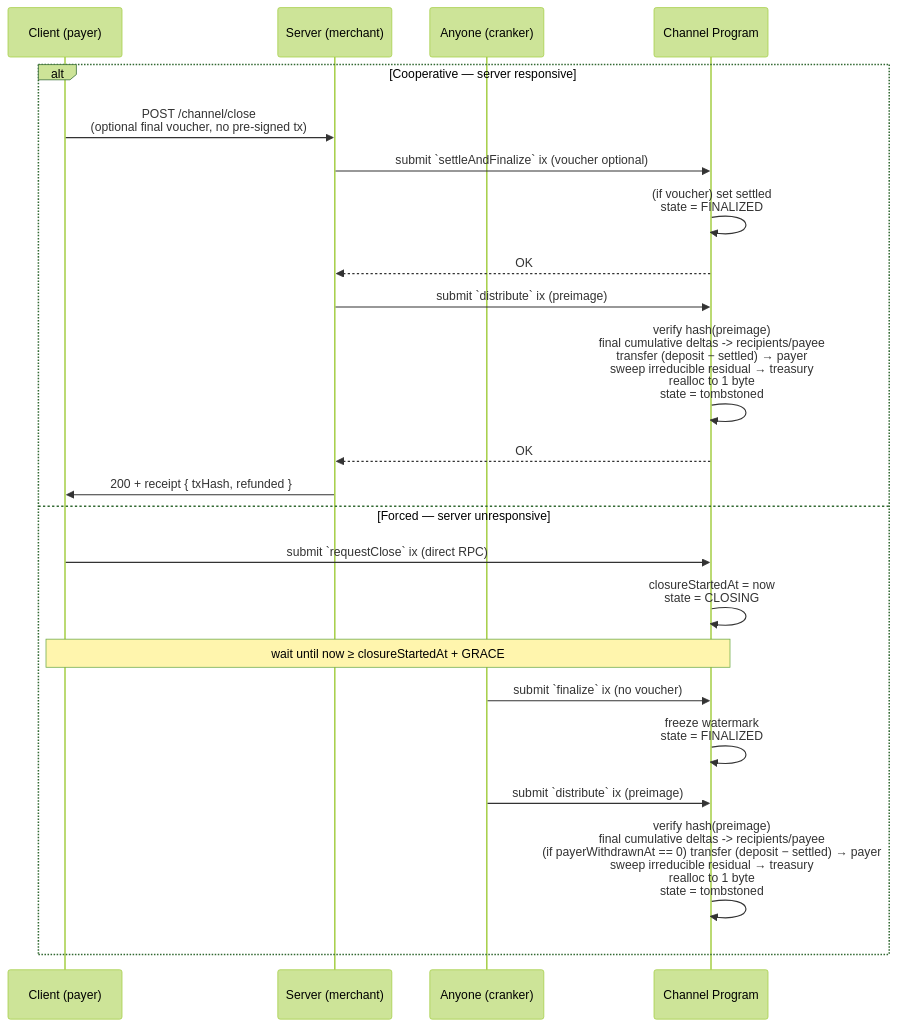
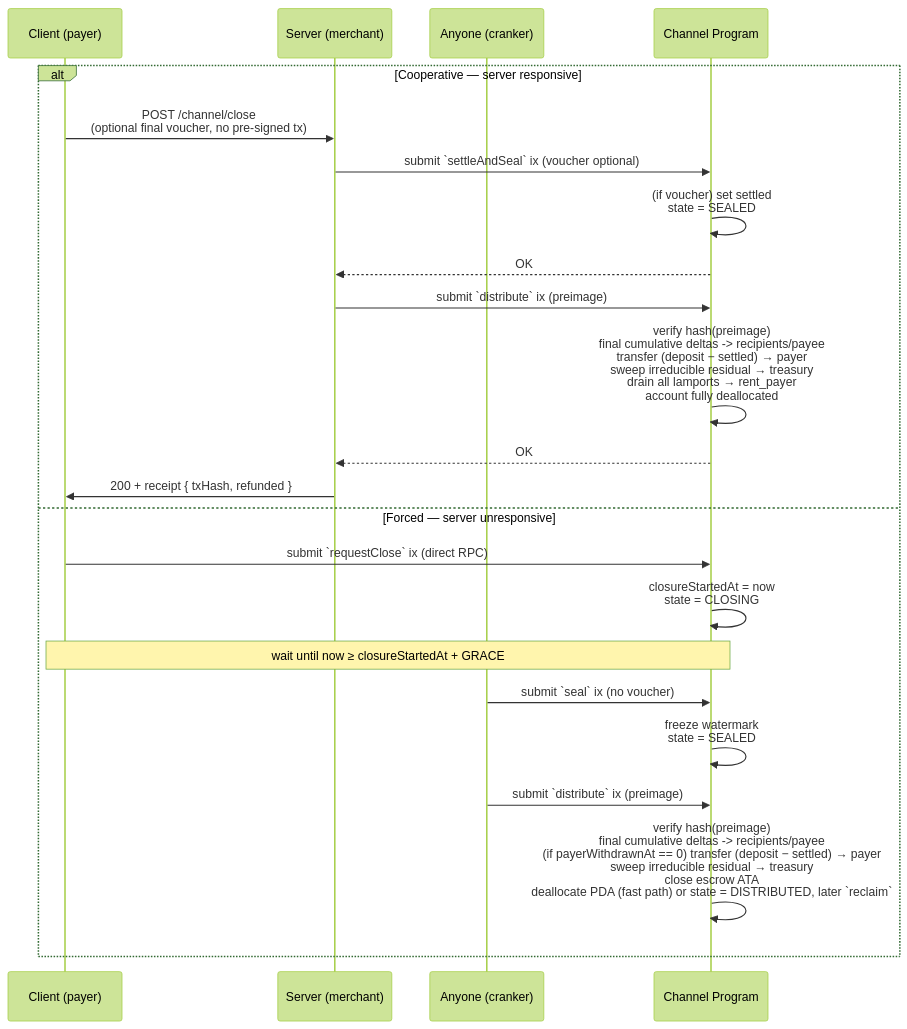
Before and after one commit to solana-foundation/payment-channels: the second of 2 diagrams in docs/002-http-protocol.md, drawn with Mermaid (forest theme). The commit also changed other lines of this file and 84 other files, not shown here.

````diff
--- a/docs/002-http-protocol.md
+++ b/docs/002-http-protocol.md
@@ -157,30 +160,30 @@
 ```mermaid
 sequenceDiagram
     participant C as Client (payer)
     participant S as Server (merchant)
     participant A as Anyone (cranker)
     participant P as Channel Program
 
     alt Cooperative — server responsive
         C->>S: POST /channel/close<br/>(optional final voucher, no pre-signed tx)
-        S->>P: submit `settleAndFinalize` ix (voucher optional)
-        P->>P: (if voucher) set settled<br/>state = FINALIZED
+        S->>P: submit `settleAndSeal` ix (voucher optional)
+        P->>P: (if voucher) set settled<br/>state = SEALED
         P-->>S: OK
 
         S->>P: submit `distribute` ix (preimage)
-        P->>P: verify hash(preimage)<br/>final cumulative deltas -> recipients/payee<br/>transfer (deposit − settled) → payer<br/>sweep irreducible residual → treasury<br/>realloc to 1 byte<br/>state = tombstoned
+        P->>P: verify hash(preimage)<br/>final cumulative deltas -> recipients/payee<br/>transfer (deposit − settled) → payer<br/>sweep irreducible residual → treasury<br/>drain all lamports → rent_payer<br/>account fully deallocated
         P-->>S: OK
         S->>C: 200 + receipt { txHash, refunded }
     else Forced — server unresponsive
         C->>P: submit `requestClose` ix (direct RPC)
         P->>P: closureStartedAt = now<br/>state = CLOSING
 
         Note over C,P: wait until now ≥ closureStartedAt + GRACE
 
-        A->>P: submit `finalize` ix (no voucher)
-        P->>P: freeze watermark<br/>state = FINALIZED
+        A->>P: submit `seal` ix (no voucher)
+        P->>P: freeze watermark<br/>state = SEALED
 
         A->>P: submit `distribute` ix (preimage)
-        P->>P: verify hash(preimage)<br/>final cumulative deltas -> recipients/payee<br/>(if payerWithdrawnAt == 0) transfer (deposit − settled) → payer<br/>sweep irreducible residual → treasury<br/>realloc to 1 byte<br/>state = tombstoned
+        P->>P: verify hash(preimage)<br/>final cumulative deltas -> recipients/payee<br/>(if payerWithdrawnAt == 0) transfer (deposit − settled) → payer<br/>sweep irreducible residual → treasury<br/>close escrow ATA<br/>deallocate PDA (fast path) or state = DISTRIBUTED, later `reclaim`
     end
 ```
````
